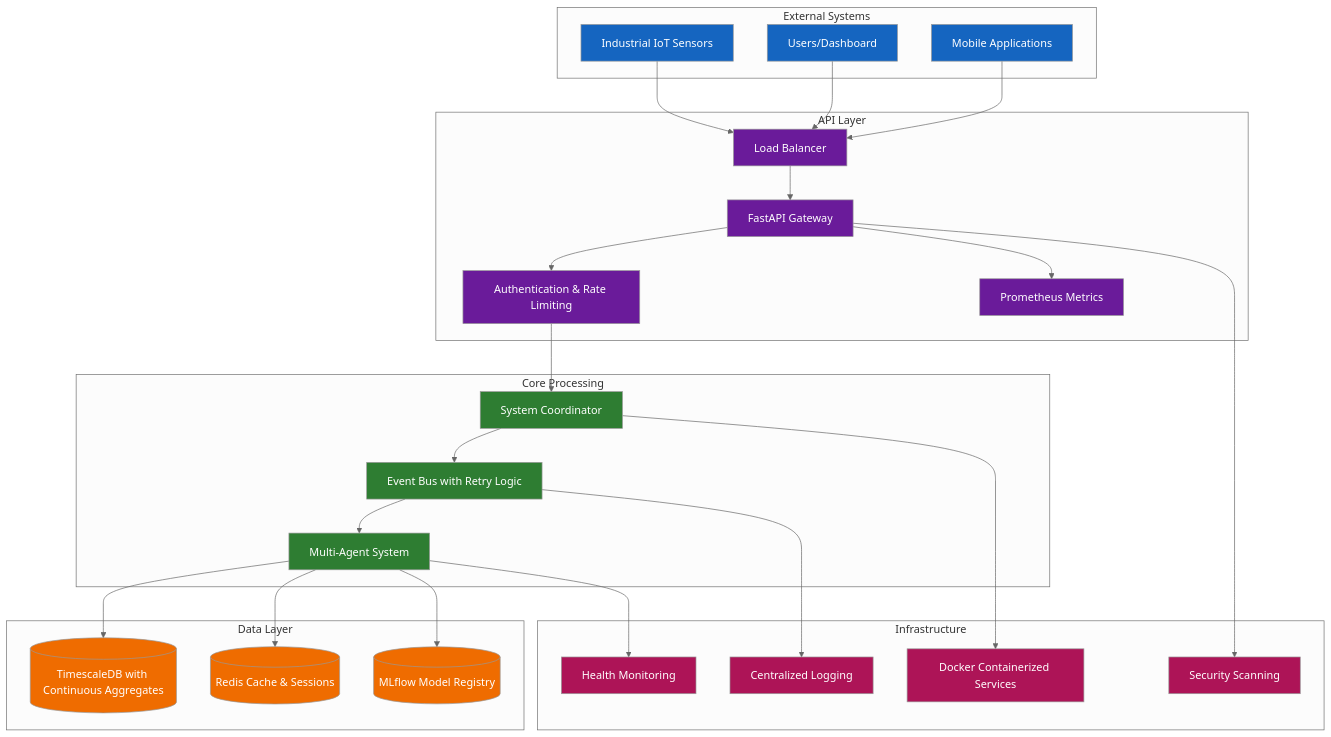
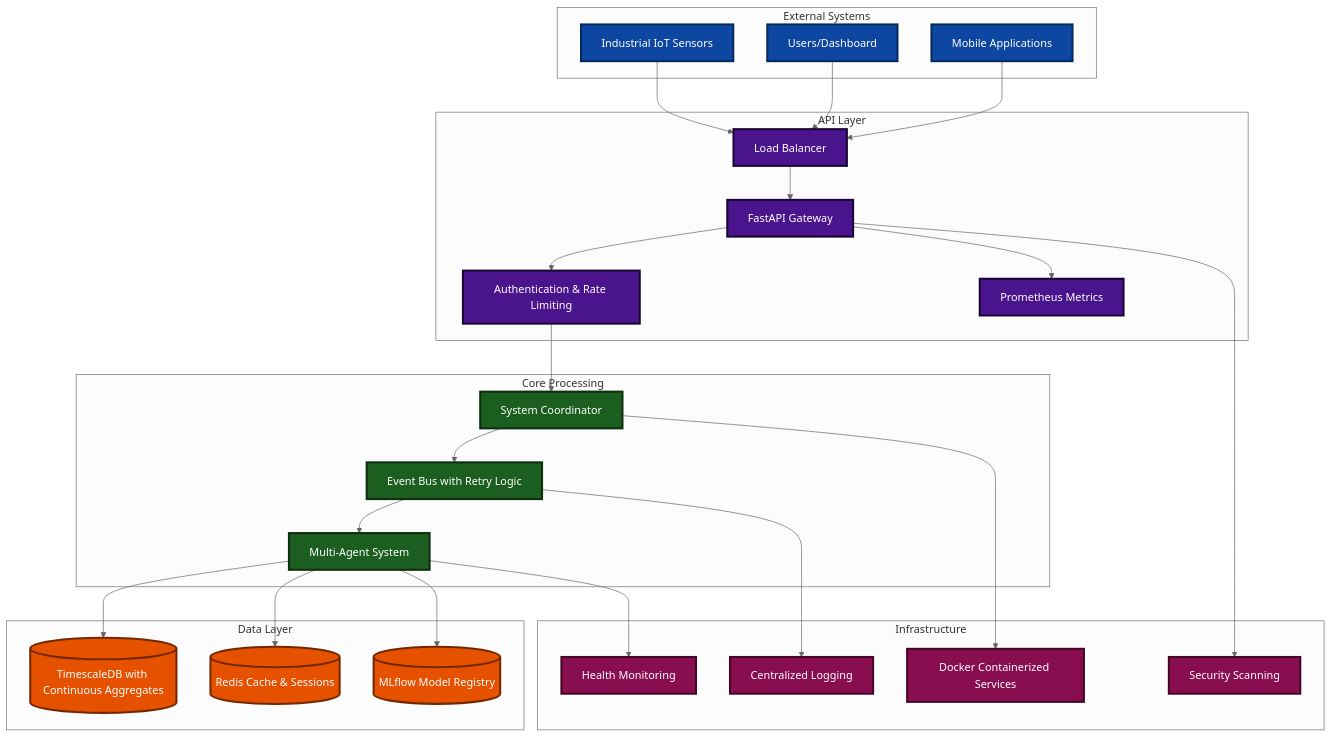
Before and after one commit to YanCotta/enterprise_challenge_sprint_1_hermes_reply: the first of 25 diagrams in smart-maintenance-saas/docs/SYSTEM_AND_ARCHITECTURE.md, drawn with Mermaid (neutral theme). The commit also changed other lines of this file, not shown here.

Commit message:
Add comprehensive system diagrams with darker colors for better visibility

````diff
--- a/smart-maintenance-saas/docs/SYSTEM_AND_ARCHITECTURE.md
+++ b/smart-maintenance-saas/docs/SYSTEM_AND_ARCHITECTURE.md
@@ -48,63 +48,63 @@
 ```mermaid
 graph TB
     subgraph "External Systems"
         IOT[Industrial IoT Sensors]
         USERS[Users/Dashboard]
         MOBILE[Mobile Applications]
     end
 
     subgraph "API Layer"
         LB[Load Balancer]
         API[FastAPI Gateway]
         AUTH[Authentication & Rate Limiting]
         METRICS[Prometheus Metrics]
     end
 
     subgraph "Core Processing"
         COORD[System Coordinator]
         EVENT[Event Bus with Retry Logic]
         AGENTS[Multi-Agent System]
     end
 
     subgraph "Data Layer"
         TS[(TimescaleDB with Continuous Aggregates)]
         REDIS[(Redis Cache & Sessions)]
         MLFLOW[(MLflow Model Registry)]
     end
 
     subgraph "Infrastructure"
         DOCKER[Docker Containerized Services]
         MONITOR[Health Monitoring]
         LOGS[Centralized Logging]
         SECURITY[Security Scanning]
     end
 
     IOT --> LB
     USERS --> LB
     MOBILE --> LB
     LB --> API
     API --> AUTH
     AUTH --> COORD
     COORD --> EVENT
     EVENT --> AGENTS
     AGENTS --> TS
     AGENTS --> REDIS
     AGENTS --> MLFLOW
     COORD --> DOCKER
     AGENTS --> MONITOR
     EVENT --> LOGS
     API --> METRICS
     API --> SECURITY
 
-    classDef external fill:#1565C0,color:#ffffff
-    classDef api fill:#6A1B9A,color:#ffffff
-    classDef core fill:#2E7D32,color:#ffffff
-    classDef data fill:#EF6C00,color:#ffffff
-    classDef infra fill:#AD1457,color:#ffffff
+    classDef external fill:#0D47A1,color:#ffffff,stroke:#062a5e,stroke-width:3px
+    classDef api fill:#4A148C,color:#ffffff,stroke:#1a0632,stroke-width:3px
+    classDef core fill:#1B5E20,color:#ffffff,stroke:#0d2f10,stroke-width:3px
+    classDef data fill:#E65100,color:#ffffff,stroke:#732800,stroke-width:3px
+    classDef infra fill:#880E4F,color:#ffffff,stroke:#440727,stroke-width:3px
 
     class IOT,USERS,MOBILE external
     class LB,API,AUTH,METRICS api
     class COORD,EVENT,AGENTS core
     class TS,REDIS,MLFLOW data
     class DOCKER,MONITOR,LOGS,SECURITY infra
 ```
````
